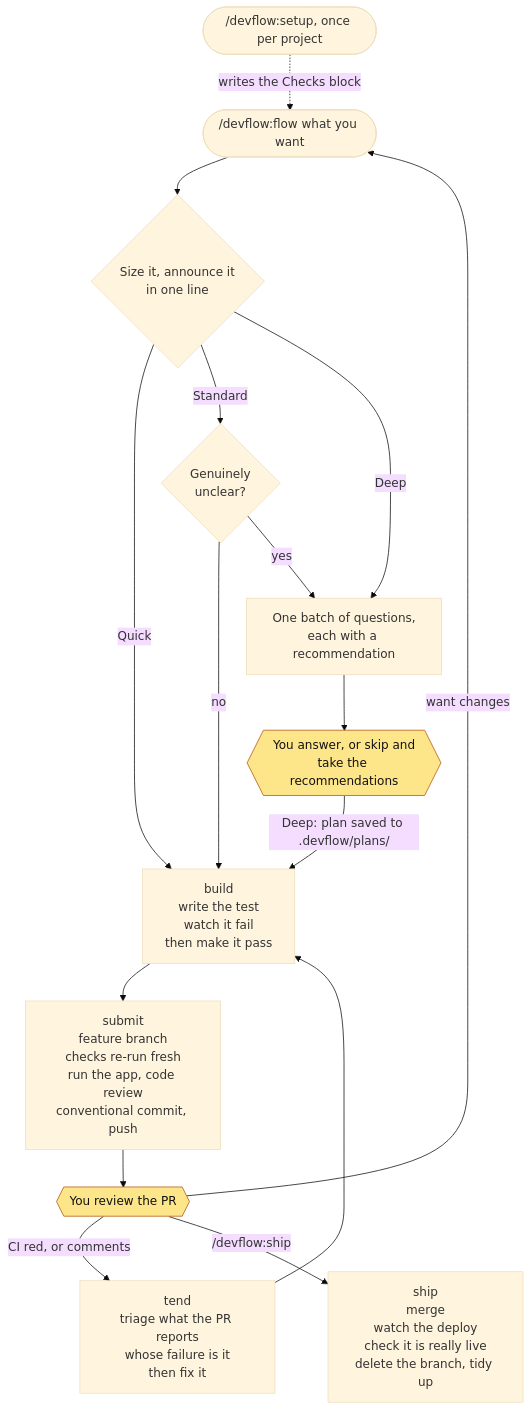
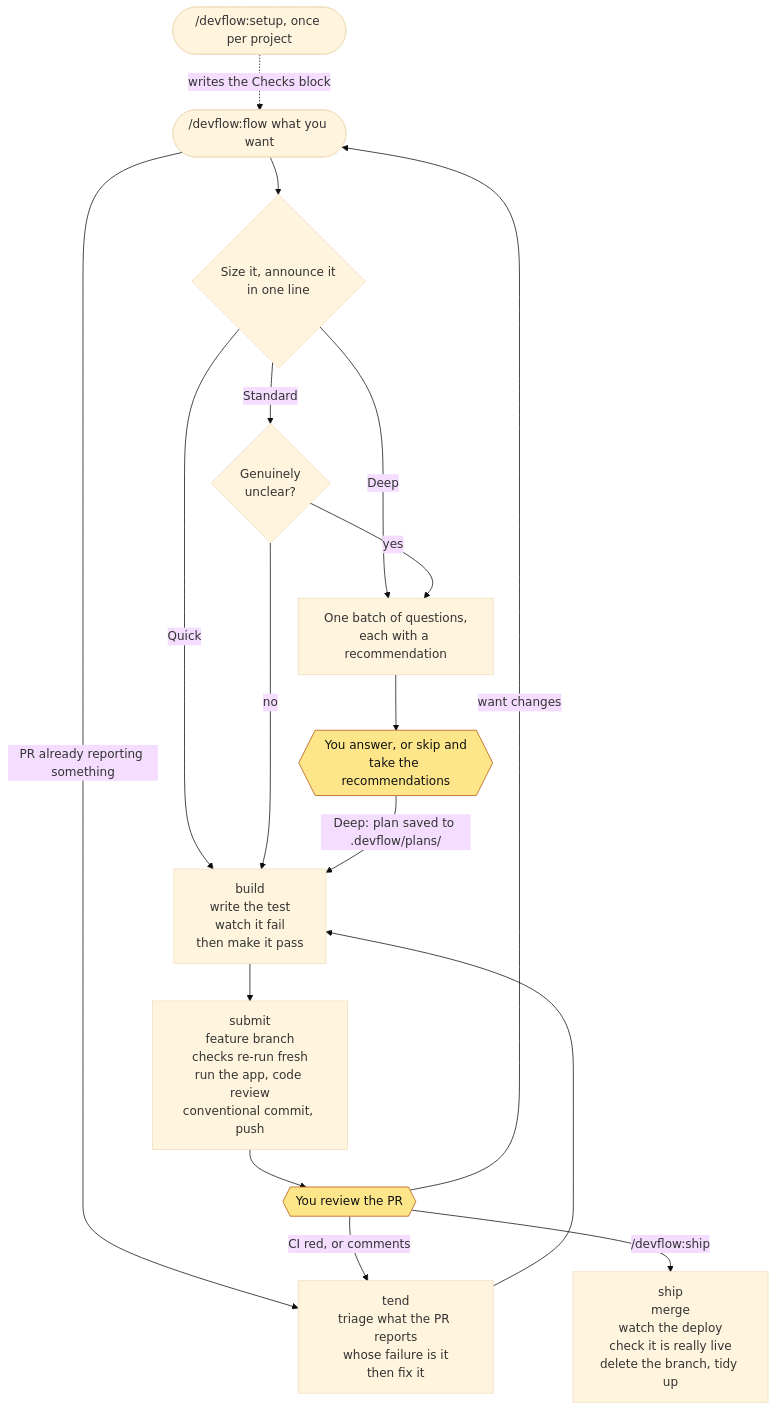
The diagram in README.md (eddiechok/agent-devflow), drawn with Mermaid (base theme) before and after one commit. The commit also changed other lines of this file and 4 other files, not shown here.

````diff
--- a/README.md
+++ b/README.md
@@ -84,24 +84,25 @@
 ```mermaid
 flowchart TD
     SETUP(["/devflow:setup, once per project"]) -.->|"writes the Checks block"| REQ
     REQ(["/devflow:flow what you want"]) --> SIZE{"Size it, announce it<br/>in one line"}
 
     SIZE -->|Quick| BUILD
     SIZE -->|Standard| CLEAR{"Genuinely<br/>unclear?"}
     SIZE -->|Deep| ASK
     CLEAR -->|no| BUILD
     CLEAR -->|yes| ASK
 
     ASK["One batch of questions,<br/>each with a recommendation"] --> YOU1{{"You answer, or skip and<br/>take the recommendations"}}
     YOU1 -->|"Deep: plan saved to .devflow/plans/"| BUILD
 
     BUILD["build<br/>write the test<br/>watch it fail<br/>then make it pass"] --> SUBMIT["submit<br/>feature branch<br/>checks re-run fresh<br/>run the app, code review<br/>conventional commit, push"]
     SUBMIT --> YOU2{{"You review the PR"}}
     YOU2 -->|"want changes"| REQ
+    REQ -->|"PR already reporting something"| TEND
     YOU2 -->|"CI red, or comments"| TEND["tend<br/>triage what the PR reports<br/>whose failure is it<br/>then fix it"]
     TEND --> BUILD
     YOU2 -->|"/devflow:ship"| SHIP["ship<br/>merge<br/>watch the deploy<br/>check it is really live<br/>delete the branch, tidy up"]
 
     classDef human fill:#fde68a,stroke:#b45309,color:#111
     class YOU1,YOU2 human
 ```
````
